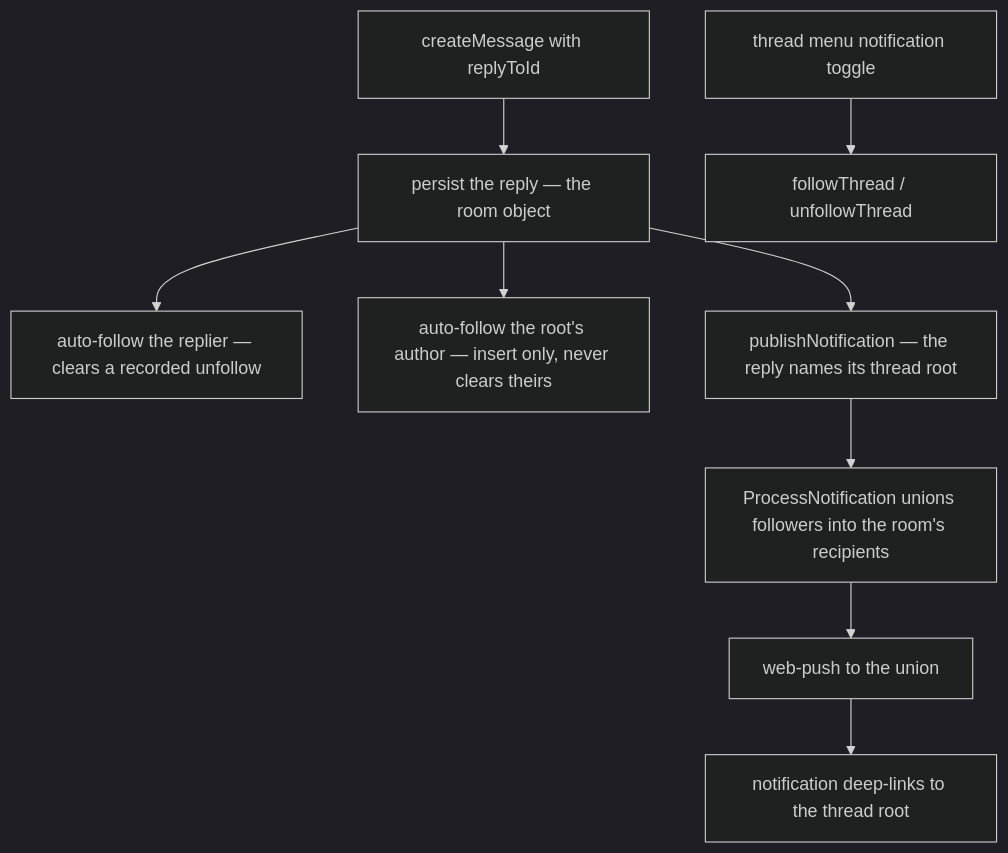
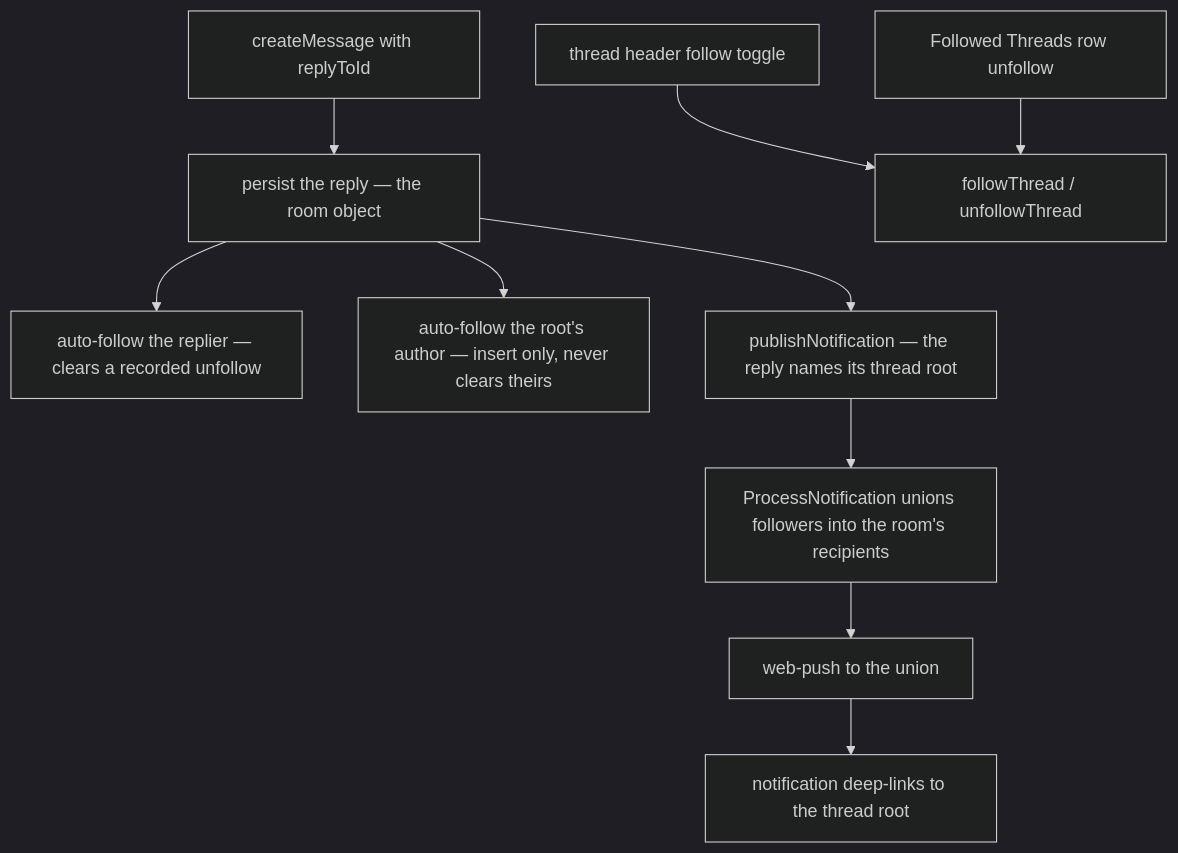
One commit to Esposter/Esposter changed the diagram in openspec/specs/esbabbler/thread-follows/design.md. Above: the diagram before and after it, drawn with Mermaid (dark theme). The commit also changed other lines of this file and 42 other files, not shown here.

````diff
--- a/openspec/specs/esbabbler/thread-follows/design.md
+++ b/openspec/specs/esbabbler/thread-follows/design.md
@@ -9,11 +9,12 @@
 ```mermaid
 flowchart TD
   R["createMessage with replyToId"] --> P["persist the reply — the room object"]
   P --> AF["auto-follow the replier — clears a recorded unfollow"]
   P --> AR["auto-follow the root's author — insert only, never clears theirs"]
   P --> Q["publishNotification — the reply names its thread root"]
   Q --> E["ProcessNotification unions followers into the room's recipients"]
   E --> F["web-push to the union"]
   F --> D["notification deep-links to the thread root"]
-  B["thread menu notification toggle"] --> FT["followThread / unfollowThread"]
+  B["thread header follow toggle"] --> FT["followThread / unfollowThread"]
+  L["Followed Threads row unfollow"] --> FT
 ```
````
